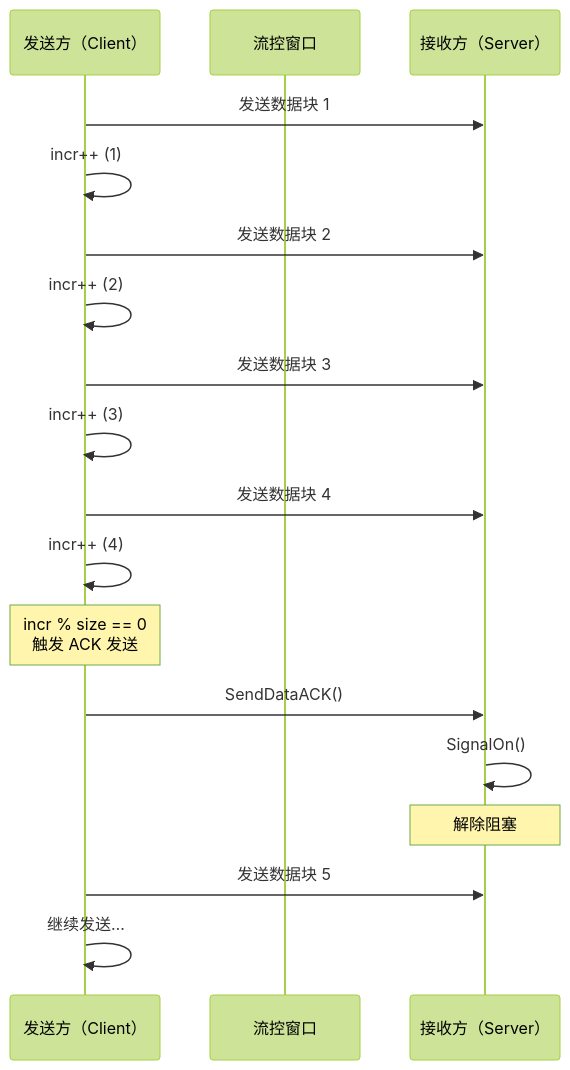
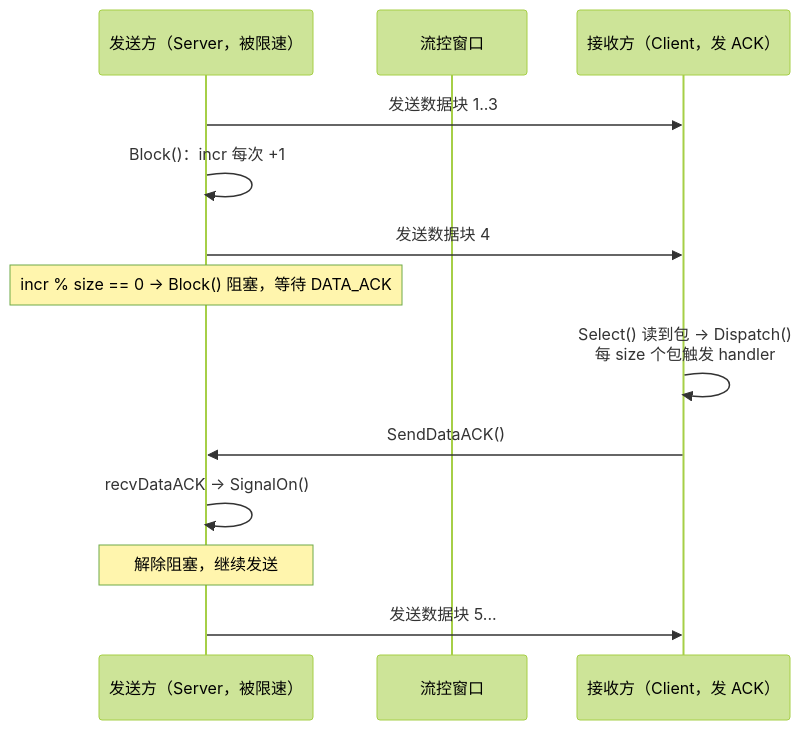
One commit to stefanv5/openGemini changed the fourth of 18 diagrams in docs/specs/06_cluster_routing_spec.md. Above: the diagram before and after it, drawn with Mermaid (forest theme). The commit also changed other lines of this file and 37 other files, not shown here.

````diff
--- a/docs/specs/06_cluster_routing_spec.md
+++ b/docs/specs/06_cluster_routing_spec.md
@@ -574,24 +576,18 @@
 ```mermaid
 sequenceDiagram
-    participant Sender as 发送方（Client）
+    participant Server as 发送方（Server，被限速）
     participant Window as 流控窗口
-    participant Receiver as 接收方（Server）
+    participant Client as 接收方（Client，发 ACK）
 
-    Sender->>Receiver: 发送数据块 1
-    Sender->>Sender: incr++ (1)
-    Sender->>Receiver: 发送数据块 2
-    Sender->>Sender: incr++ (2)
-    Sender->>Receiver: 发送数据块 3
-    Sender->>Sender: incr++ (3)
-    Sender->>Receiver: 发送数据块 4
-    Sender->>Sender: incr++ (4)
+    Server->>Client: 发送数据块 1..3
+    Server->>Server: Block()：incr 每次 +1
+    Server->>Client: 发送数据块 4
+    Note over Server: incr % size == 0 → Block() 阻塞，等待 DATA_ACK
 
-    Note over Sender: incr % size == 0<br/>触发 ACK 发送
-    Sender->>Receiver: SendDataACK()
+    Client->>Client: Select() 读到包 → Dispatch()<br/>每 size 个包触发 handler
+    Client->>Server: SendDataACK()
 
-    Receiver->>Receiver: SignalOn()
-    Note over Receiver: 解除阻塞
-
-    Sender->>Receiver: 发送数据块 5
-    Sender->>Sender: 继续发送…
+    Server->>Server: recvDataACK → SignalOn()
+    Note over Server: 解除阻塞，继续发送
+    Server->>Client: 发送数据块 5...
 ```
````
